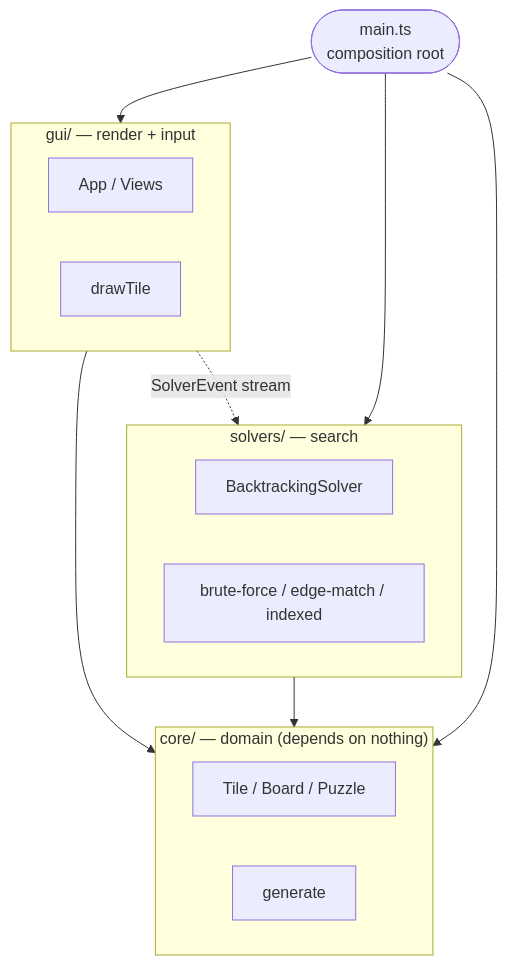
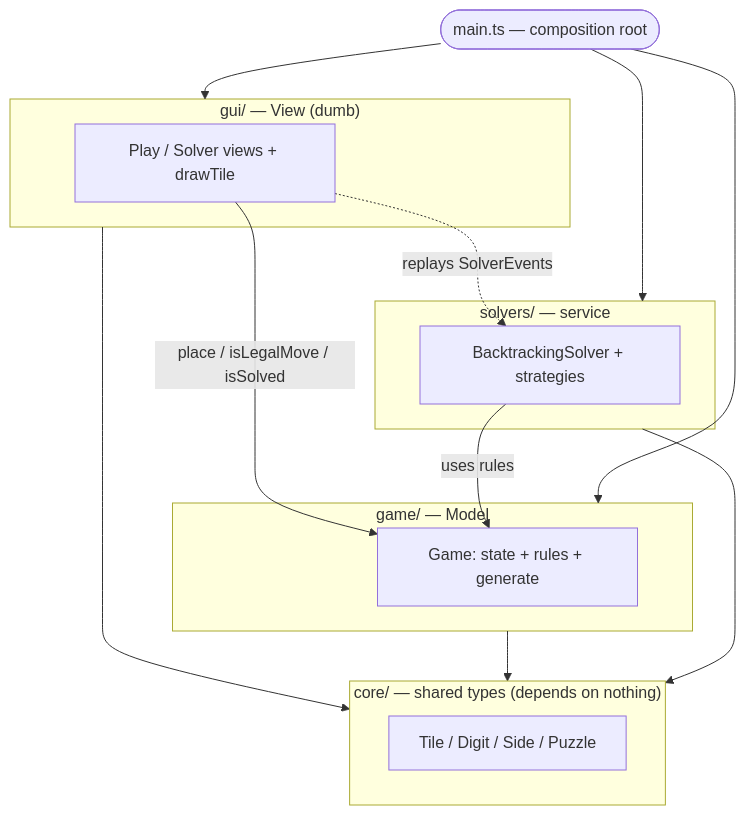
The diagram in README.md (LucianChirca/Tetra-Vex-Solver), drawn with Mermaid before and after one commit. The commit also changed other lines of this file and 9 other files, not shown here.

Commit message:
Restructure into MVC layers: core/game/gui/solvers

````diff
--- a/README.md
+++ b/README.md
@@ -82,22 +83,28 @@
 ```mermaid
 flowchart TD
-    subgraph UI["gui/ — render + input"]
-        app[App / Views]
-        draw[drawTile]
+    main([main.ts — composition root])
+
+    subgraph GUI["gui/ — View (dumb)"]
+        views[Play / Solver views + drawTile]
     end
-    subgraph SOLVERS["solvers/ — search"]
-        base[BacktrackingSolver]
-        strat[brute-force / edge-match / indexed]
+    subgraph GAME["game/ — Model"]
+        model[Game: state + rules + generate]
     end
-    subgraph CORE["core/ — domain (depends on nothing)"]
-        types[Tile / Board / Puzzle]
-        gen[generate]
+    subgraph SOLVERS["solvers/ — service"]
+        solver[BacktrackingSolver + strategies]
+    end
+    subgraph CORE["core/ — shared types (depends on nothing)"]
+        types[Tile / Digit / Side / Puzzle]
     end
 
-    UI --> CORE
+    main --> GUI
+    main --> GAME
+    main --> SOLVERS
+
+    views -->|"place / isLegalMove / isSolved"| model
+    views -.->|"replays SolverEvents"| solver
+    solver -->|uses rules| model
+    GUI --> CORE
+    GAME --> CORE
     SOLVERS --> CORE
-    UI -. SolverEvent stream .-> SOLVERS
-    main([main.ts<br/>composition root]) --> UI
-    main --> SOLVERS
-    main --> CORE
 ```
````
